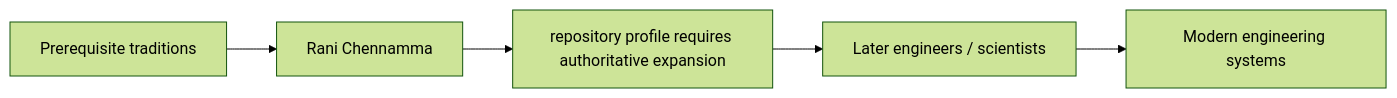
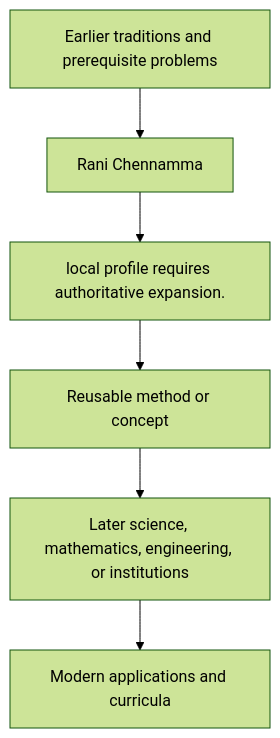
Before and after one commit to via-decide/ViaLogic: the diagram in docs/history/rani-chennamma/influence.md, drawn with Mermaid (forest theme). The commit also changed other lines of this file and 858 other files, not shown here.

````diff
--- a/docs/history/rani-chennamma/influence.md
+++ b/docs/history/rani-chennamma/influence.md
@@ -29,7 +16,8 @@
 ```mermaid
-graph LR
-  prerequisites["Prerequisite traditions"] --> current["Rani Chennamma"]
-  current --> contribution["repository profile requires authoritative expansion"]
-  contribution --> successors["Later engineers / scientists"]
-  successors --> modern["Modern engineering systems"]
+graph TD
+  Prior[Earlier traditions and prerequisite problems] --> Person[Rani Chennamma]
+  Person --> Contribution[local profile requires authoritative expansion.]
+  Contribution --> Method[Reusable method or concept]
+  Method --> Later[Later science, mathematics, engineering, or institutions]
+  Later --> Modern[Modern applications and curricula]
 ```
````
